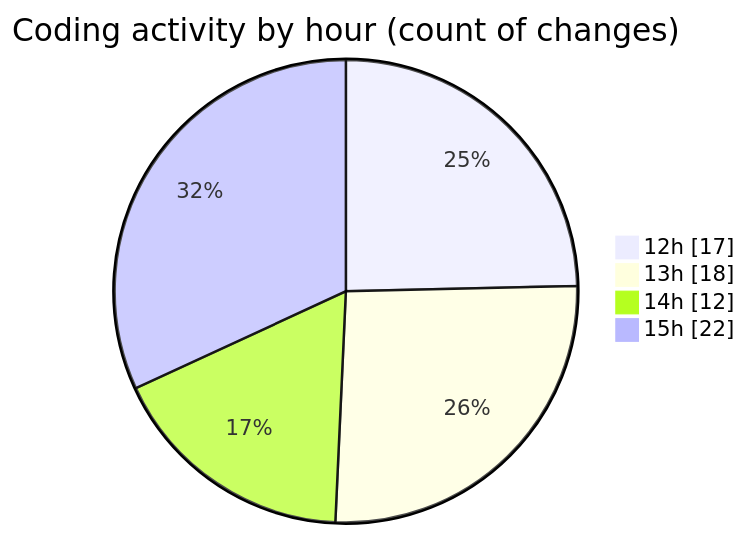
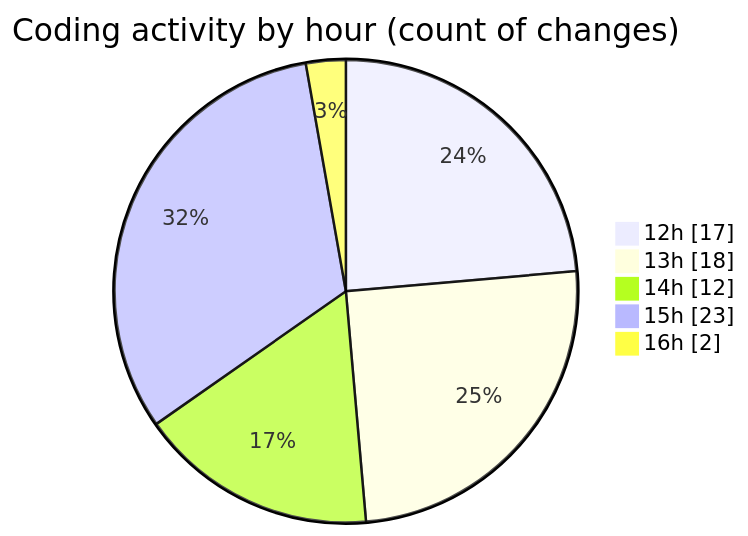
One commit to CELIANVF/code-tracking changed the second of 2 diagrams in 2025-06-01/video_app/README.md. Above: the diagram before and after it, drawn with Mermaid. The commit also changed other lines of this file and 1 other file, not shown here.

````diff
--- a/2025-06-01/video_app/README.md
+++ b/2025-06-01/video_app/README.md
@@ -38,8 +38,9 @@
 ```mermaid
 pie showData
 title Coding activity by hour (count of changes)
 "12h" : 17
 "13h" : 18
 "14h" : 12
-"15h" : 22
+"15h" : 23
+"16h" : 2
 ```
````
